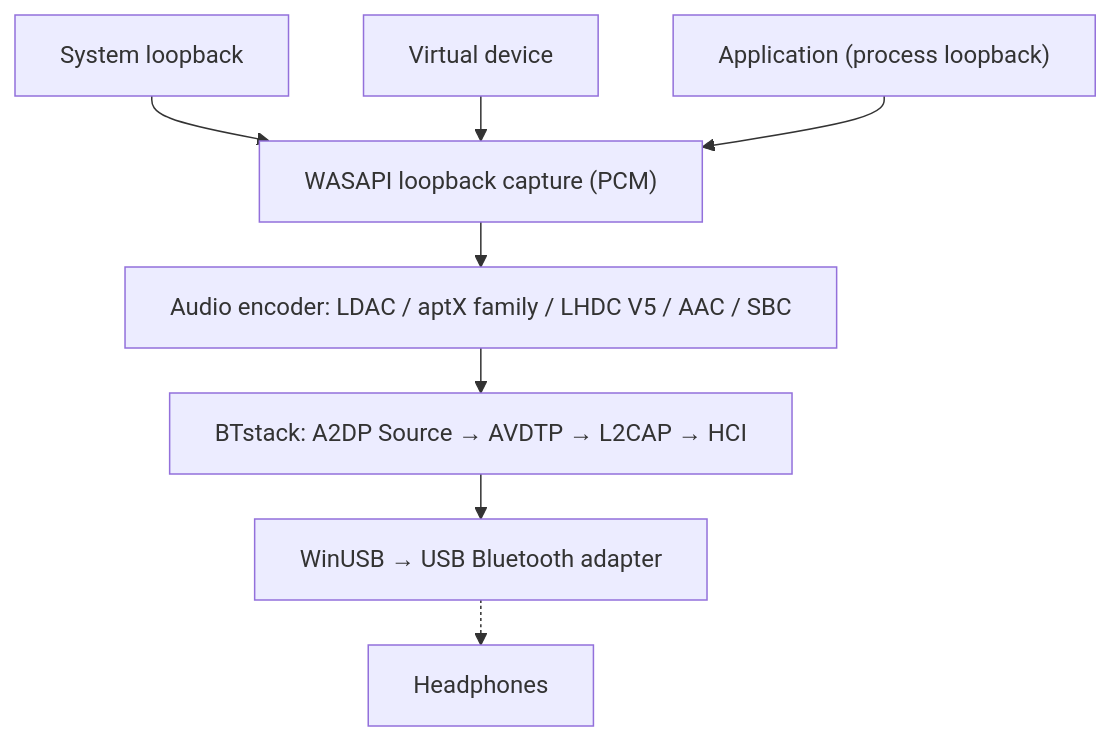
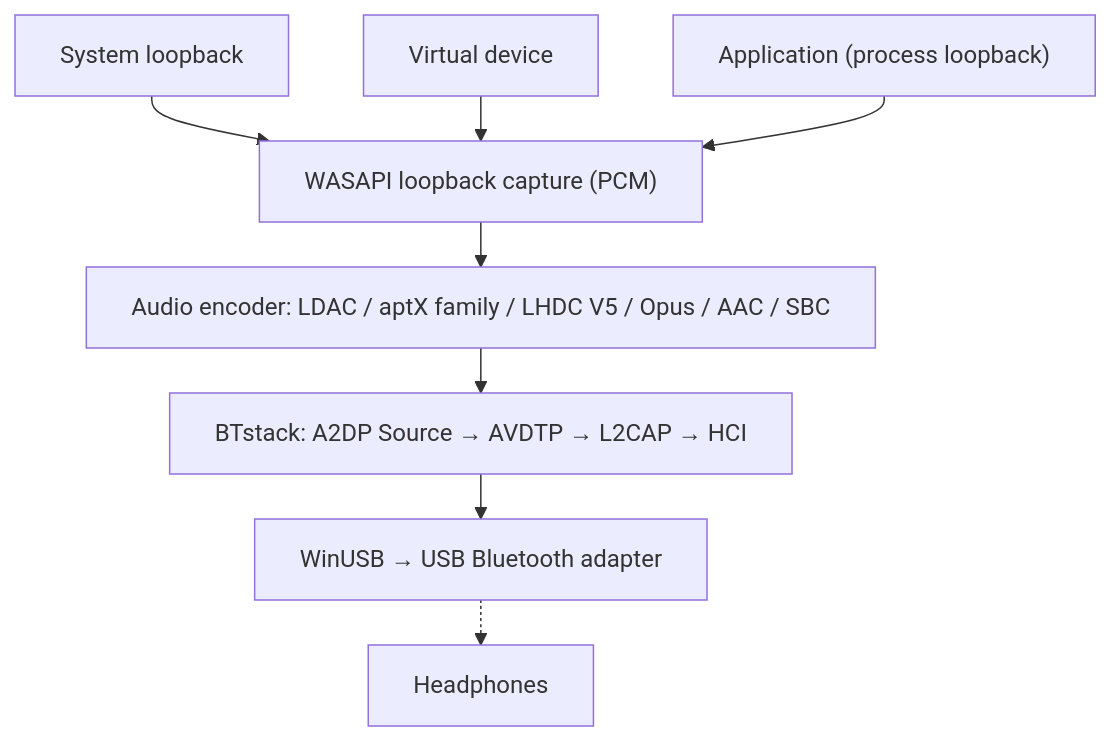
The diagram in docs/index.md (Akramx15/A2DP-Windows-Bridge), drawn with Mermaid before and after one commit. The commit also changed other lines of this file and 15 other files, not shown here.

````diff
--- a/docs/index.md
+++ b/docs/index.md
@@ -98,17 +103,17 @@
 ```mermaid
 ---
 config:
   flowchart:
     wrappingWidth: 480
     rankSpacing: 30
 ---
 flowchart TD
     s1["System loopback"]
     s2["Virtual device"]
     s3["Application (process loopback)"]
     s1 & s2 & s3 --> cap["WASAPI loopback capture (PCM)"]
-    cap --> enc["Audio encoder: LDAC / aptX family / LHDC V5 / AAC / SBC"]
+    cap --> enc["Audio encoder: LDAC / aptX family / LHDC V5 / Opus / AAC / SBC"]
     enc --> bt["BTstack: A2DP Source → AVDTP → L2CAP → HCI"]
     bt --> usb["WinUSB → USB Bluetooth adapter"]
     usb -.-> hp["Headphones"]
 ```
````
